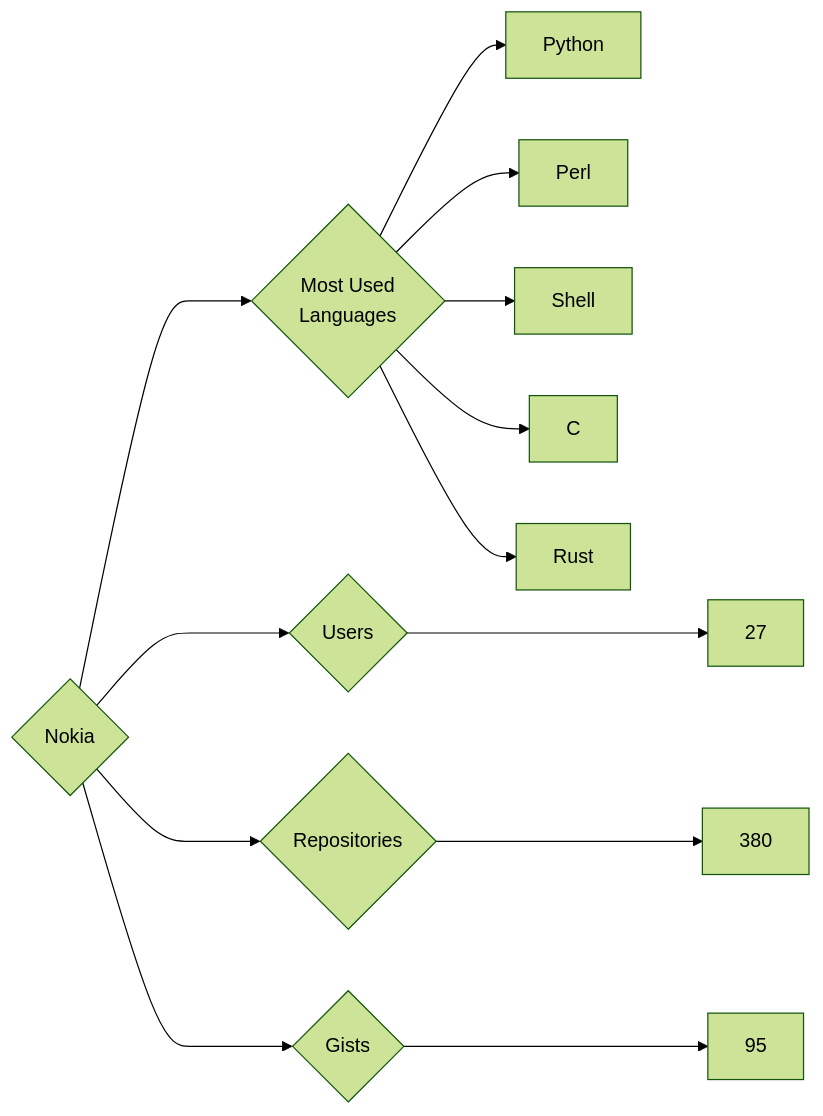
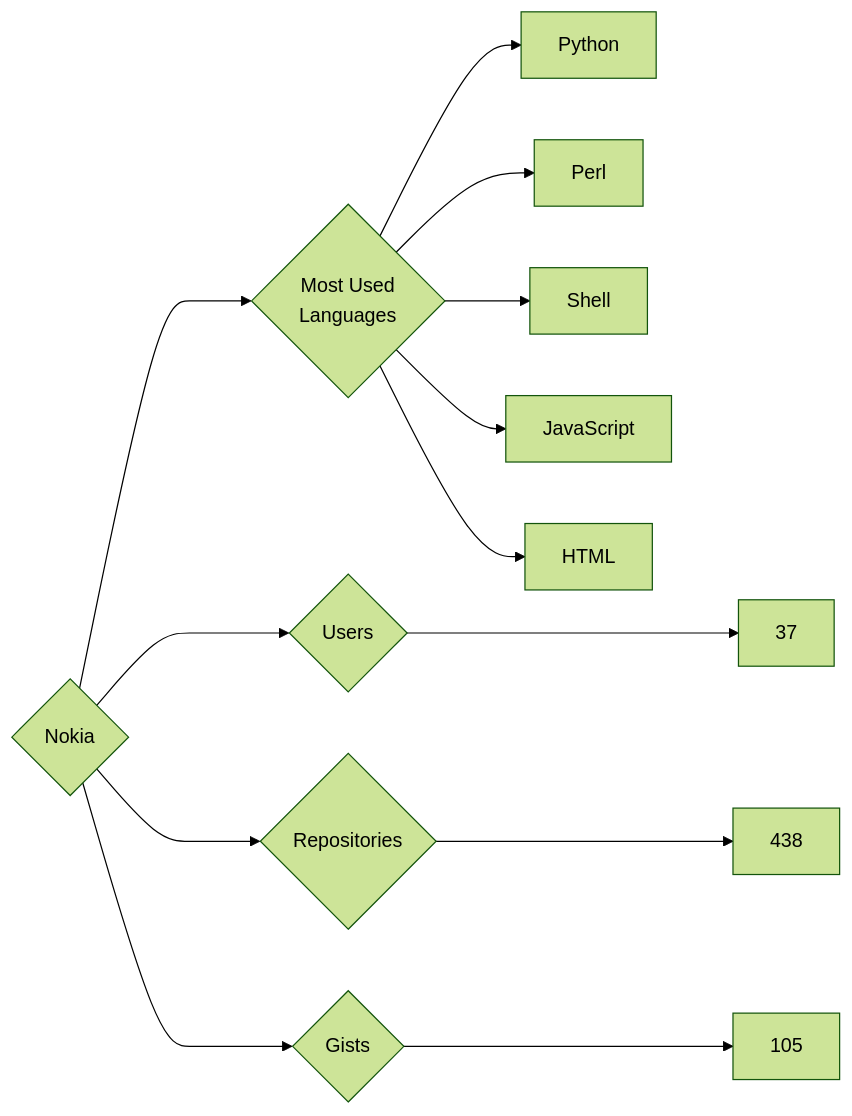
One commit to trickest/insiders changed the diagram in targets/Nokia/README.md. Above: the diagram before and after it, drawn with Mermaid (forest theme). The commit also changed 948 other files, not shown here.

````diff
--- a/targets/Nokia/README.md
+++ b/targets/Nokia/README.md
@@ -3,13 +3,13 @@
 ```mermaid
 graph LR
 COMPANY_NAME{Nokia}
-COMPANY_NAME ---> U{Users} ---> UN[27]
-COMPANY_NAME ---> R{Repositories} ---> RN[380]
-COMPANY_NAME ---> G{Gists} ---> GN[95]
+COMPANY_NAME ---> U{Users} ---> UN[37]
+COMPANY_NAME ---> R{Repositories} ---> RN[438]
+COMPANY_NAME ---> G{Gists} ---> GN[105]
 COMPANY_NAME ---> ML{Most Used<br>Languages}
 ML --> Python[Python]
 ML --> Perl[Perl]
 ML --> Shell[Shell]
-ML --> C[C]
-ML --> Rust[Rust]
+ML --> JavaScript[JavaScript]
+ML --> HTML[HTML]
 ```
````
